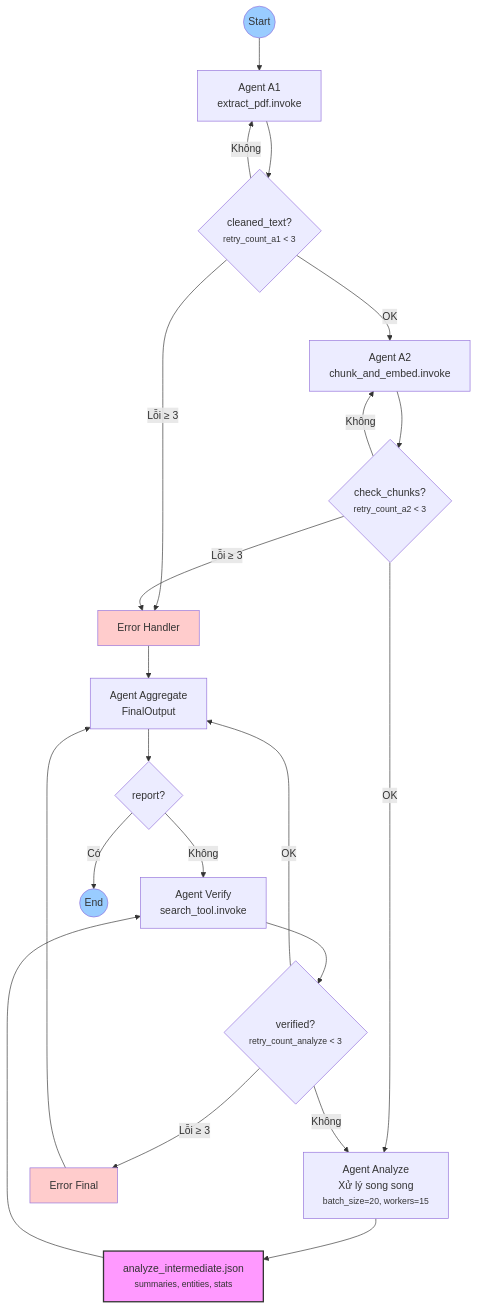
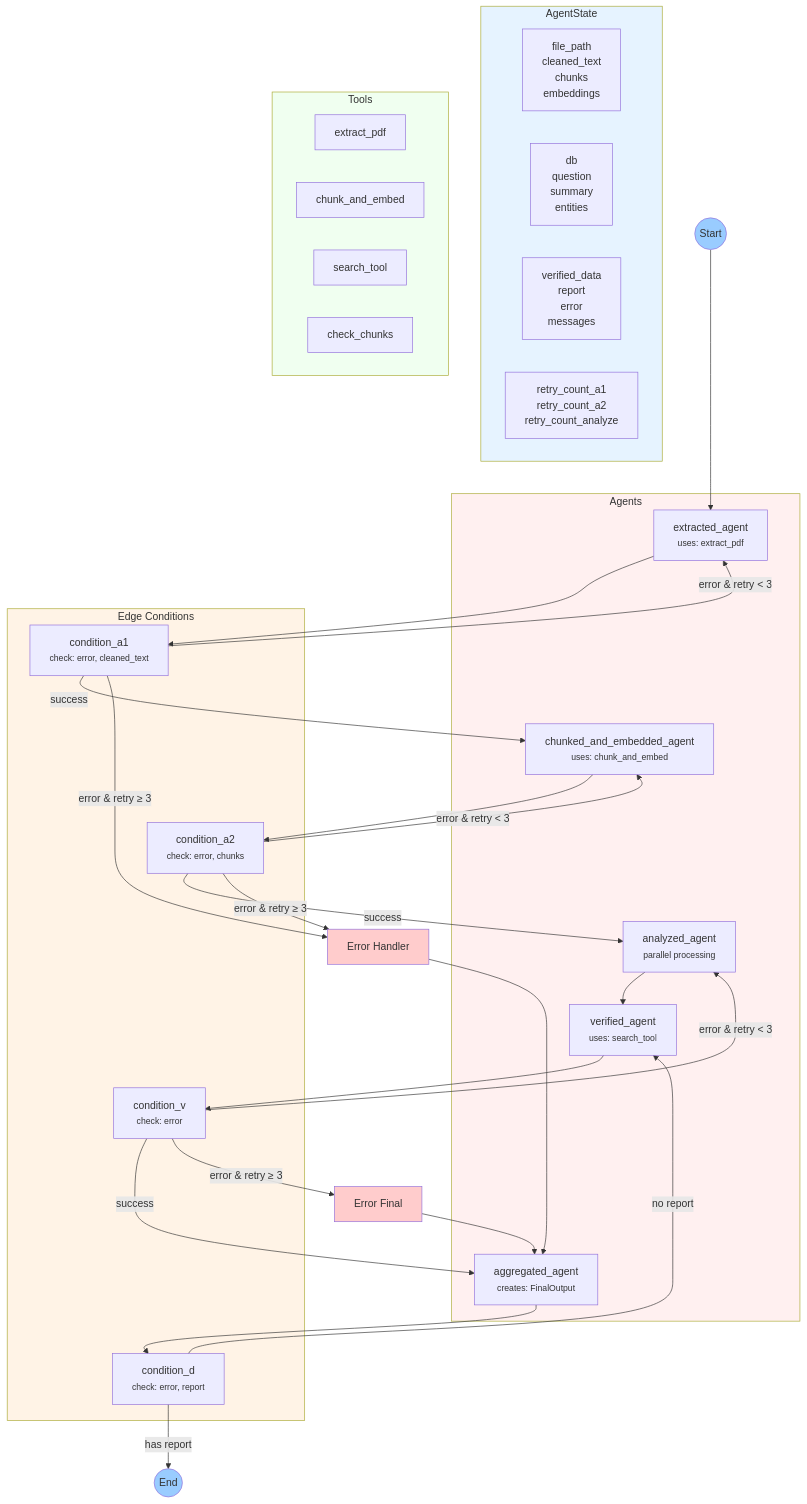
The diagram in README.md (tcc3281/PDF_extract), drawn with Mermaid before and after one commit. The commit also changed other lines of this file and 5 other files, not shown here.

````diff
--- a/README.md
+++ b/README.md
@@ -15,35 +44,70 @@
 ```mermaid
 graph TD
-    START(("Start")) --> A1["Agent A1<br/>extract_pdf.invoke"]
-    
-    A1 --> A1_C{"cleaned_text?<br/><small>retry_count_a1 < 3</small>"}
-    A1_C -->|"Không"| A1
-    A1_C -->|"Lỗi ≥ 3"| ERR["Error Handler"]
-    A1_C -->|"OK"| A2["Agent A2<br/>chunk_and_embed.invoke"]
-    
-    A2 --> A2_C{"check_chunks?<br/><small>retry_count_a2 < 3</small>"}
-    A2_C -->|"Không"| A2
-    A2_C -->|"Lỗi ≥ 3"| ERR
-    A2_C -->|"OK"| AN["Agent Analyze<br/>Xử lý song song<br/><small>batch_size=20, workers=15</small>"]
-    
-    AN --> AN_SAVE["analyze_intermediate.json<br/><small>summaries, entities, stats</small>"]
-    AN_SAVE --> V["Agent Verify<br/>search_tool.invoke"]
-    
-    V --> V_C{"verified?<br/><small>retry_count_analyze < 3</small>"}
-    V_C -->|"Không"| AN
-    V_C -->|"Lỗi ≥ 3"| ERR_F["Error Final"]
-    V_C -->|"OK"| AG["Agent Aggregate<br/>FinalOutput"]
-    
+    %% State Definition
+    subgraph State[AgentState]
+        S1[file_path<br/>cleaned_text<br/>chunks<br/>embeddings]
+        S2[db<br/>question<br/>summary<br/>entities]
+        S3[verified_data<br/>report<br/>error<br/>messages]
+        S4[retry_count_a1<br/>retry_count_a2<br/>retry_count_analyze]
+    end
+
+    %% Tools Definition
+    subgraph Tools[Tools]
+        T1[extract_pdf]
+        T2[chunk_and_embed]
+        T3[search_tool]
+        T4[check_chunks]
+    end
+
+    %% Agents & Their Tools
+    subgraph Agents[Agents]
+        A1["extracted_agent<br/><small>uses: extract_pdf</small>"]
+        A2["chunked_and_embedded_agent<br/><small>uses: chunk_and_embed</small>"]
+        AN["analyzed_agent<br/><small>parallel processing</small>"]
+        AV["verified_agent<br/><small>uses: search_tool</small>"]
+        AG["aggregated_agent<br/><small>creates: FinalOutput</small>"]
+    end
+
+    %% Router/Edge Conditions
+    subgraph Routers[Edge Conditions]
+        R1["condition_a1<br/><small>check: error, cleaned_text</small>"]
+        R2["condition_a2<br/><small>check: error, chunks</small>"]
+        R3["condition_v<br/><small>check: error</small>"]
+        R4["condition_d<br/><small>check: error, report</small>"]
+    end
+
+    %% Flow
+    START(("Start")) --> A1
+    A1 --> R1
+    R1 -->|"error & retry < 3"| A1
+    R1 -->|"success"| A2
+    R1 -->|"error & retry ≥ 3"| ERR[Error Handler]
+
+    A2 --> R2
+    R2 -->|"error & retry < 3"| A2
+    R2 -->|"success"| AN
+    R2 -->|"error & retry ≥ 3"| ERR
+
+    AN --> AV
+    AV --> R3
+    R3 -->|"error & retry < 3"| AN
+    R3 -->|"success"| AG
+    R3 -->|"error & retry ≥ 3"| ERR_F[Error Final]
+
+    AG --> R4
+    R4 -->|"no report"| AV
+    R4 -->|"has report"| END(("End"))
+
     ERR --> AG
     ERR_F --> AG
-    
-    AG --> AG_C{"report?"}
-    AG_C -->|"Không"| V
-    AG_C -->|"Có"| END(("End"))
 
+    %% Styles
     style START fill:#9cf
     style END fill:#9cf
     style ERR fill:#ffcccc
     style ERR_F fill:#ffcccc
-    style AN_SAVE fill:#f9f,stroke:#333,stroke-width:2px
+    style State fill:#e6f3ff
+    style Tools fill:#f0fff0
+    style Agents fill:#fff0f0
+    style Routers fill:#fff3e6
 ```
````
